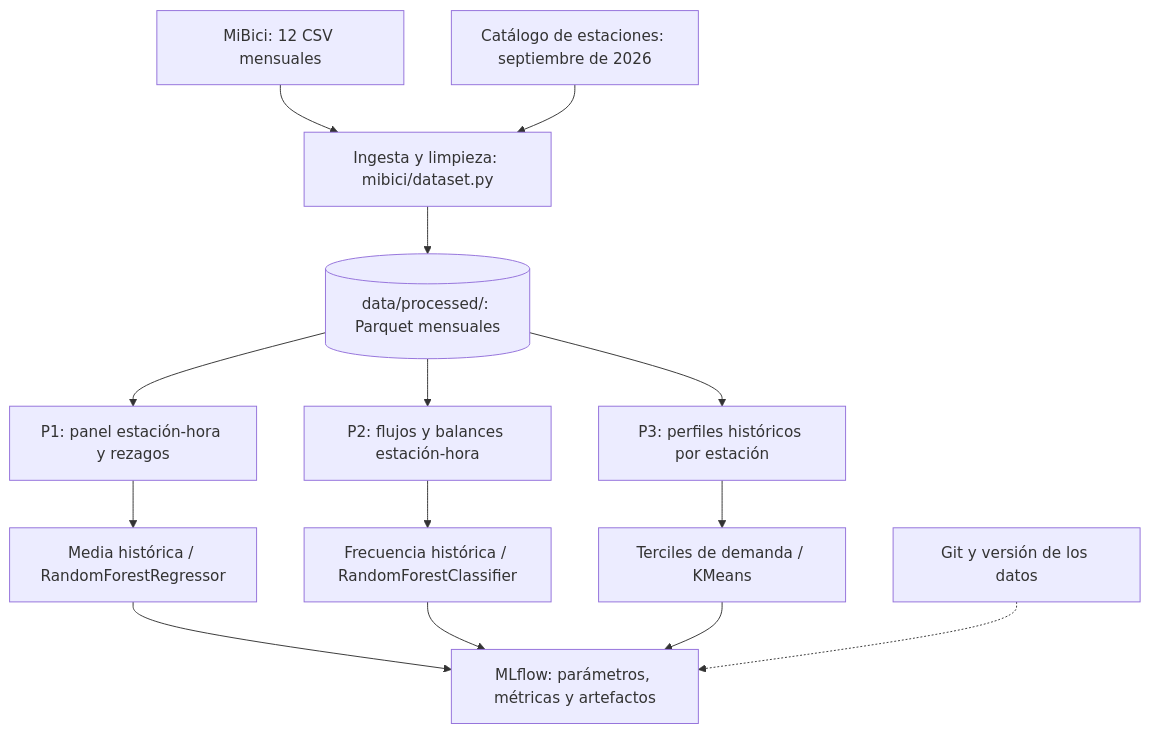
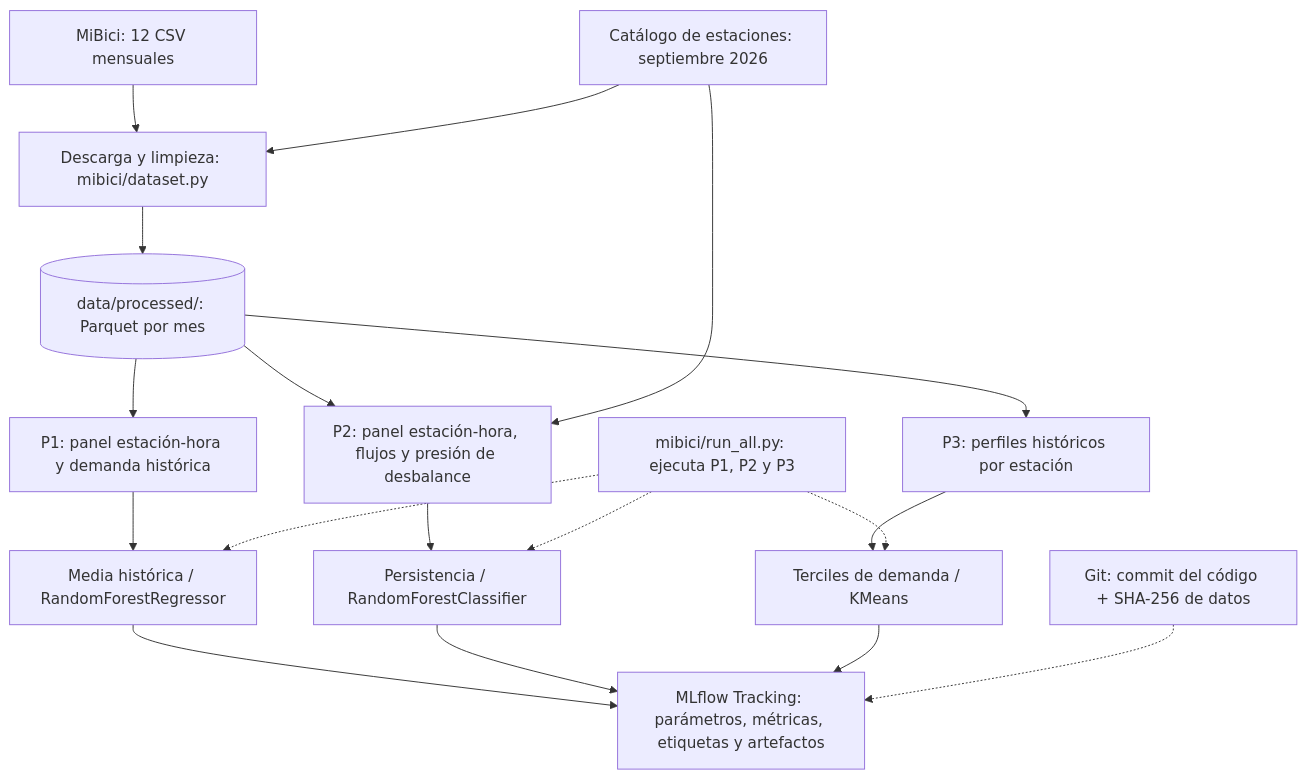
One commit to LeoCossio/TC5061-Proyecto-Equipo31 changed the diagram in references/pipelines_ml.md. Above: the diagram before and after it, drawn with Mermaid. The commit also changed other lines of this file and 7 other files, not shown here.

````diff
--- a/references/pipelines_ml.md
+++ b/references/pipelines_ml.md
@@ -11,16 +11,20 @@
 ```mermaid
 flowchart TD
-    A[MiBici: 12 CSV mensuales] --> C[Ingesta y limpieza: mibici/dataset.py]
-    B[Catálogo de estaciones: septiembre de 2026] --> C
-    C --> D[(data/processed/: Parquet mensuales)]
-    D --> F1[P1: panel estación-hora y rezagos]
-    D --> F2[P2: flujos y balances estación-hora]
-    D --> F3[P3: perfiles históricos por estación]
-    F1 --> M1[Media histórica / RandomForestRegressor]
-    F2 --> M2[Frecuencia histórica / RandomForestClassifier]
-    F3 --> M3[Terciles de demanda / KMeans]
-    M1 --> E[MLflow: parámetros, métricas y artefactos]
-    M2 --> E
-    M3 --> E
-    G[Git y versión de los datos] -.-> E
+    A["MiBici: 12 CSV mensuales"] --> I["Descarga y limpieza: mibici/dataset.py"]
+    B["Catálogo de estaciones: septiembre 2026"] --> I
+    I --> C[("data/processed/: Parquet por mes")]
+    C --> F1["P1: panel estación-hora y demanda histórica"]
+    C --> F2["P2: panel estación-hora, flujos y presión de desbalance"]
+    B --> F2
+    C --> F3["P3: perfiles históricos por estación"]
+    F1 --> M1["Media histórica / RandomForestRegressor"]
+    F2 --> M2["Persistencia / RandomForestClassifier"]
+    F3 --> M3["Terciles de demanda / KMeans"]
+    M1 --> ML["MLflow Tracking: parámetros, métricas, etiquetas y artefactos"]
+    M2 --> ML
+    M3 --> ML
+    G["Git: commit del código + SHA-256 de datos"] -.-> ML
+    R["mibici/run_all.py: ejecuta P1, P2 y P3"] -.-> M1
+    R -.-> M2
+    R -.-> M3
 ```
````
